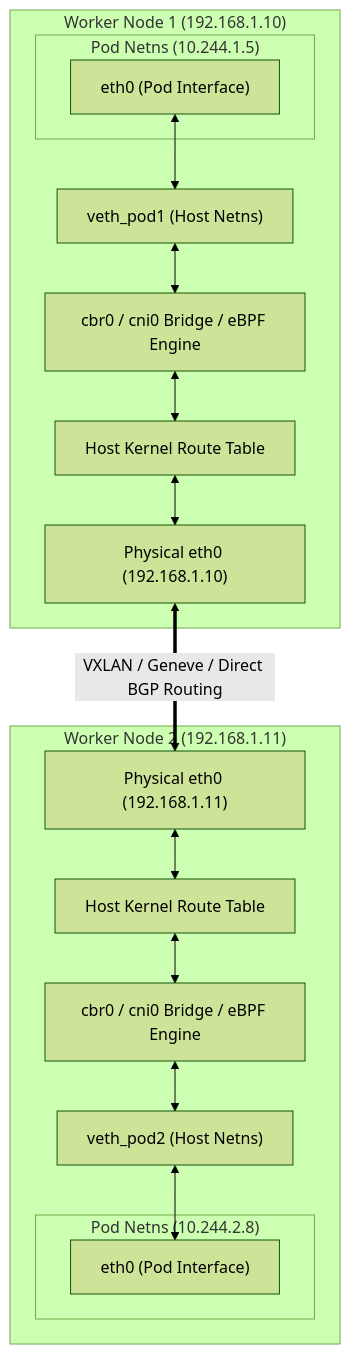
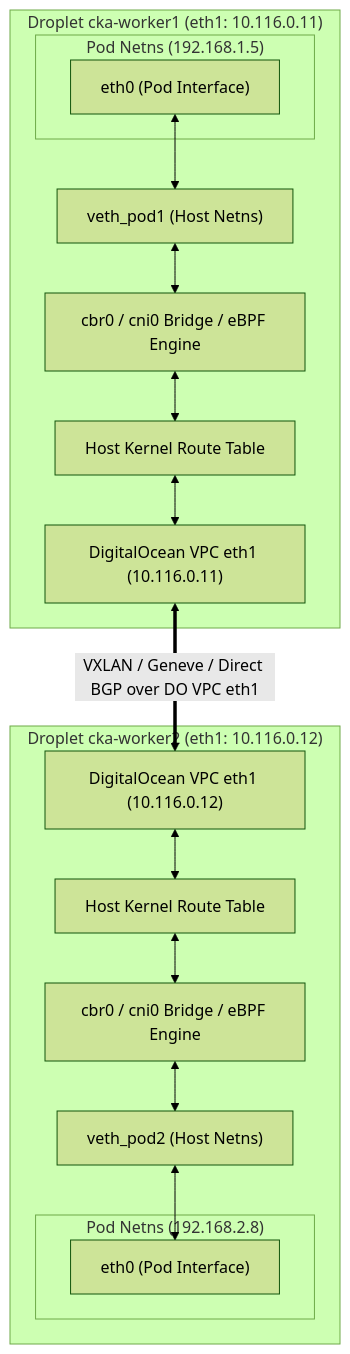
Before and after one commit to kendricklawton/technical: the diagram in Certified_Kubernetes_Administrator/Domain_3_Services_Networking/Study_Guide.md, drawn with Mermaid (forest theme). The commit also changed other lines of this file and 16 other files, not shown here.

First line of the commit message:
feat(cka,cks): integrate DigitalOcean Droplets lab architecture and domain workflows

````diff
--- a/Certified_Kubernetes_Administrator/Domain_3_Services_Networking/Study_Guide.md
+++ b/Certified_Kubernetes_Administrator/Domain_3_Services_Networking/Study_Guide.md
@@ -22,34 +22,34 @@
 ```mermaid
 flowchart TD
-    subgraph Node1["Worker Node 1 (192.168.1.10)"]
-        subgraph PodNetns1["Pod Netns (10.244.1.5)"]
+    subgraph Node1["Droplet cka-worker1 (eth1: 10.116.0.11)"]
+        subgraph PodNetns1["Pod Netns (192.168.1.5)"]
             eth0_pod["eth0 (Pod Interface)"]
         end
         veth1["veth_pod1 (Host Netns)"]
         Bridge1["cbr0 / cni0 Bridge / eBPF Engine"]
         HostRouting1["Host Kernel Route Table"]
-        Physical1["Physical eth0 (192.168.1.10)"]
+        Physical1["DigitalOcean VPC eth1 (10.116.0.11)"]
 
         eth0_pod <--> veth1
         veth1 <--> Bridge1
         Bridge1 <--> HostRouting1
         HostRouting1 <--> Physical1
     end
 
-    subgraph Node2["Worker Node 2 (192.168.1.11)"]
-        Physical2["Physical eth0 (192.168.1.11)"]
+    subgraph Node2["Droplet cka-worker2 (eth1: 10.116.0.12)"]
+        Physical2["DigitalOcean VPC eth1 (10.116.0.12)"]
         HostRouting2["Host Kernel Route Table"]
         Bridge2["cbr0 / cni0 Bridge / eBPF Engine"]
         veth2["veth_pod2 (Host Netns)"]
-        subgraph PodNetns2["Pod Netns (10.244.2.8)"]
+        subgraph PodNetns2["Pod Netns (192.168.2.8)"]
             eth0_pod2["eth0 (Pod Interface)"]
         end
 
         Physical2 <--> HostRouting2
         HostRouting2 <--> Bridge2
         Bridge2 <--> veth2
         veth2 <--> eth0_pod2
     end
 
-    Physical1 <==>|VXLAN / Geneve / Direct BGP Routing| Physical2
+    Physical1 <==>|"VXLAN / Geneve / Direct BGP over DO VPC eth1"| Physical2
 ```
````
